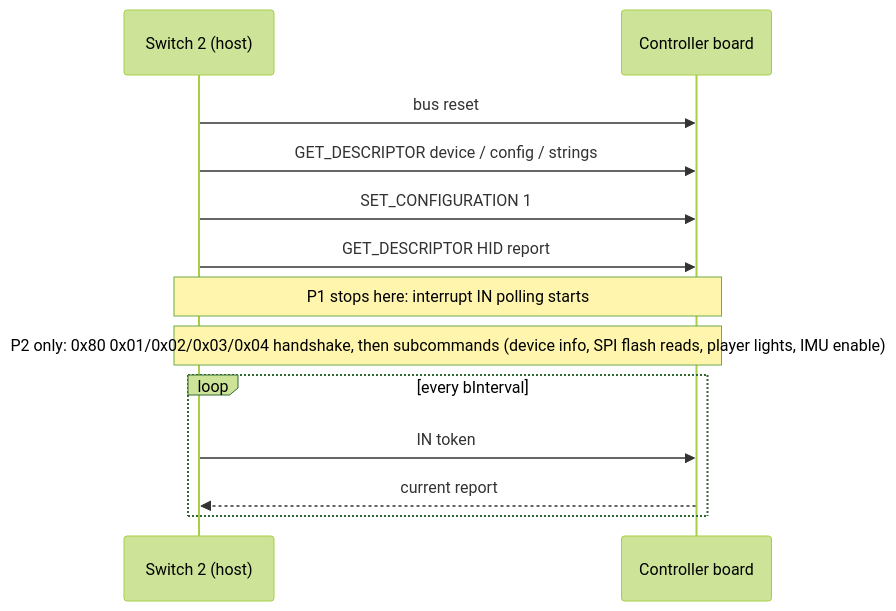
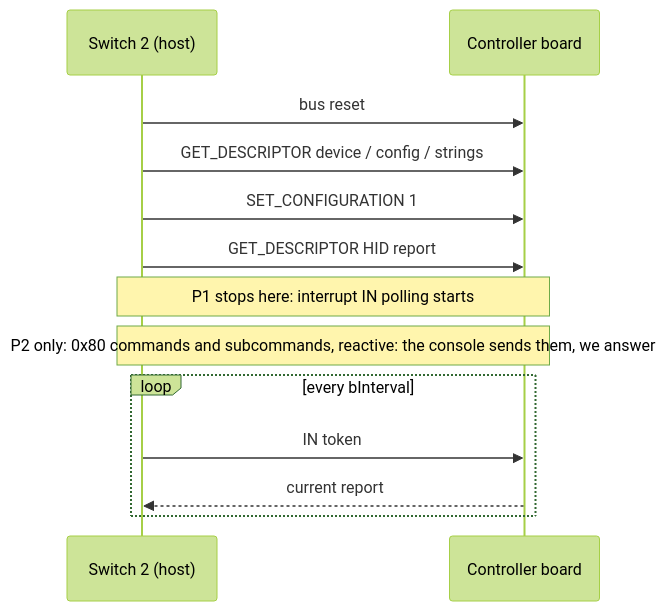
One commit to basteez/bonooru changed the diagram in docs/usb-controller-emulation.md. Above: the diagram before and after it, drawn with Mermaid (forest theme). The commit also changed other lines of this file and 80 other files, not shown here.

````diff
--- a/docs/usb-controller-emulation.md
+++ b/docs/usb-controller-emulation.md
@@ -54,15 +54,15 @@
 ```mermaid
 sequenceDiagram
   participant S as Switch 2 (host)
   participant C as Controller board
   S->>C: bus reset
   S->>C: GET_DESCRIPTOR device / config / strings
   S->>C: SET_CONFIGURATION 1
   S->>C: GET_DESCRIPTOR HID report
   Note over S,C: P1 stops here: interrupt IN polling starts
-  Note over S,C: P2 only: 0x80 0x01/0x02/0x03/0x04 handshake, then subcommands (device info, SPI flash reads, player lights, IMU enable)
+  Note over S,C: P2 only: 0x80 commands and subcommands, reactive: the console sends them, we answer
   loop every bInterval
     S->>C: IN token
     C-->>S: current report
   end
 ```
````
